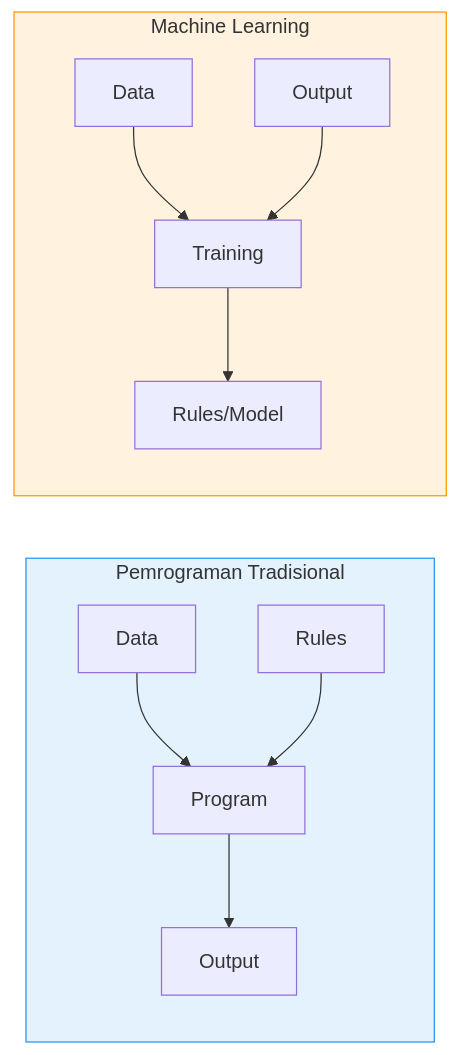
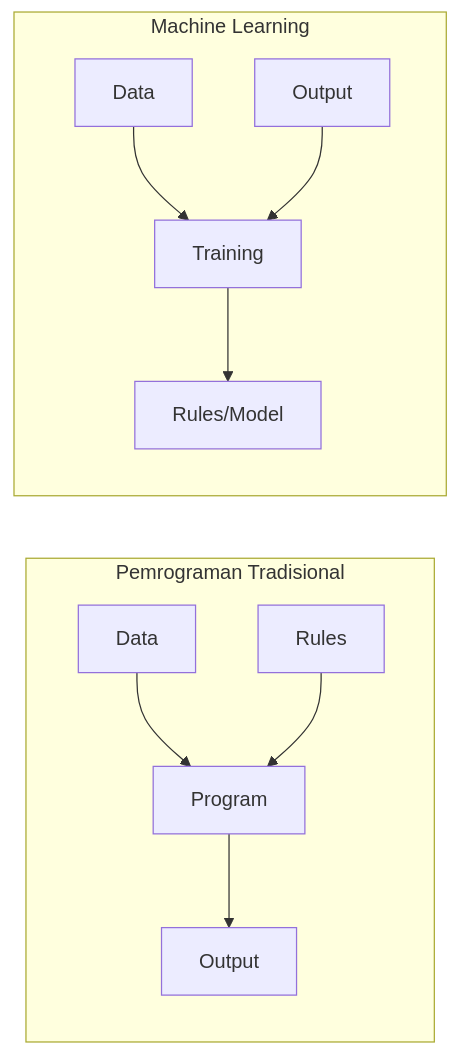
The first of 10 diagrams in bab-05-machine-learning.md (antonprafanto/dasarAI2026), drawn with Mermaid before and after one commit. The commit also changed other lines of this file and 8 other files, not shown here.

Commit message:
Fix: Remove custom Mermaid styling for better dark mode visibility

````diff
--- a/bab-05-machine-learning.md
+++ b/bab-05-machine-learning.md
@@ -43,13 +43,10 @@
 ```mermaid
 graph LR
     subgraph Traditional [Pemrograman Tradisional]
         D1[Data] & R1[Rules] --> P1[Program] --> O1[Output]
     end
 
     subgraph ML [Machine Learning]
         D2[Data] & O2[Output] --> T2[Training] --> R2[Rules/Model]
     end
-
-    style Traditional fill:#e3f2fd,stroke:#2196f3
-    style ML fill:#fff3e0,stroke:#ff9800
 ```
````
